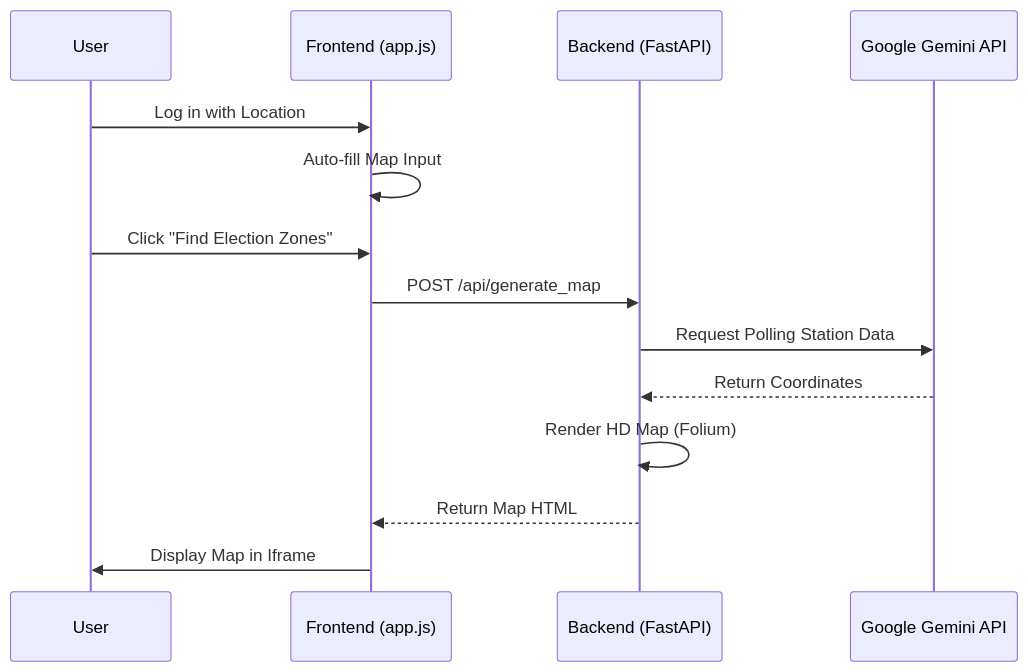
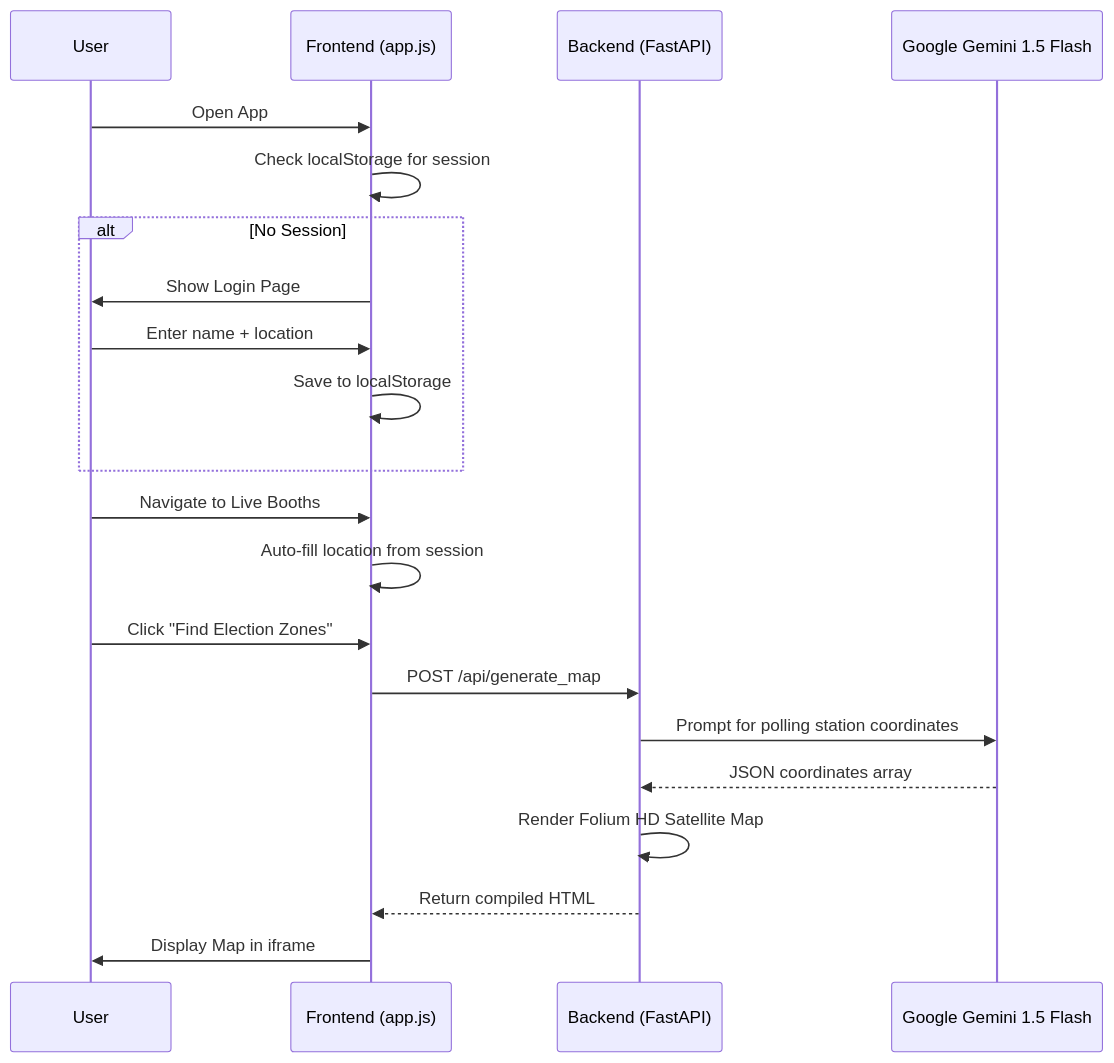
The second of 2 diagrams in README.md (Varshith10121901/Promptwar-2), drawn with Mermaid before and after one commit. The commit also changed other lines of this file, not shown here.

Commit message:
Rewrite README with full pillar coverage (Quality, Security, Efficiency, Testing, Accessibility, Google)

````diff
--- a/README.md
+++ b/README.md
@@ -116,17 +258,24 @@
 ```mermaid
 sequenceDiagram
     participant U as User
     participant F as Frontend (app.js)
     participant B as Backend (FastAPI)
-    participant G as Google Gemini API
+    participant G as Google Gemini 1.5 Flash
 
-    U->>F: Log in with Location
-    F->>F: Auto-fill Map Input
+    U->>F: Open App
+    F->>F: Check localStorage for session
+    alt No Session
+        F->>U: Show Login Page
+        U->>F: Enter name + location
+        F->>F: Save to localStorage
+    end
+    U->>F: Navigate to Live Booths
+    F->>F: Auto-fill location from session
     U->>F: Click "Find Election Zones"
     F->>B: POST /api/generate_map
-    B->>G: Request Polling Station Data
-    G-->>B: Return Coordinates
-    B->>B: Render HD Map (Folium)
-    B-->>F: Return Map HTML
-    F->>U: Display Map in Iframe
+    B->>G: Prompt for polling station coordinates
+    G-->>B: JSON coordinates array
+    B->>B: Render Folium HD Satellite Map
+    B-->>F: Return compiled HTML
+    F->>U: Display Map in iframe
 ```
````
